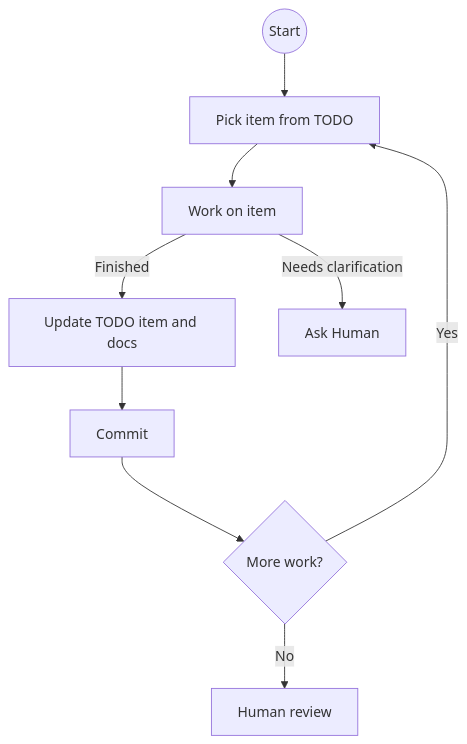
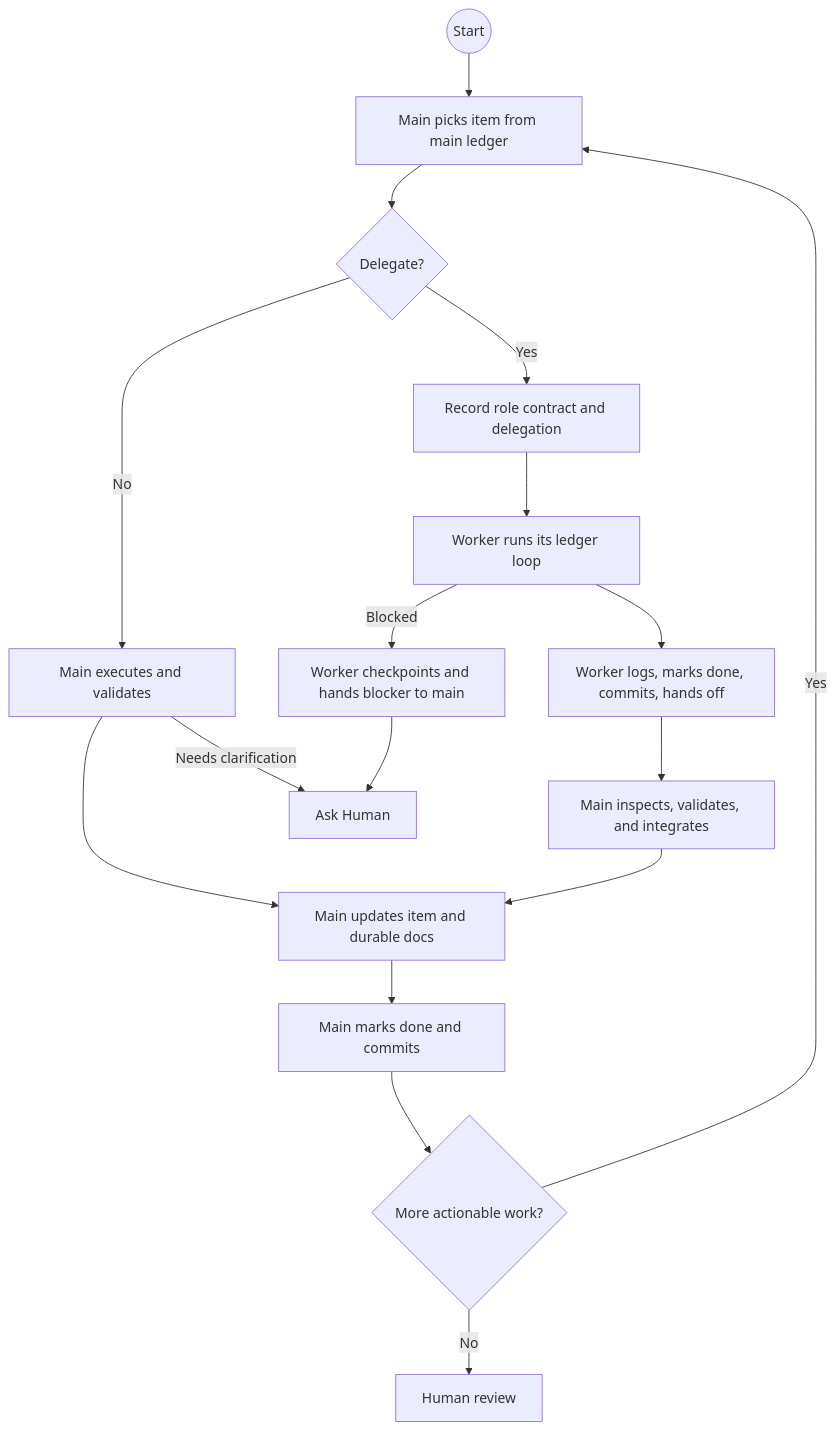
The diagram in AGENTS.md (marcingurbisz/idea-execution-framework), drawn with Mermaid before and after one commit. The commit also changed other lines of this file and 2 other files, not shown here.

Commit message:
docs: refine multi-agent IEF loop

````diff
--- a/AGENTS.md
+++ b/AGENTS.md
@@ -87,11 +97,19 @@
 ```mermaid
 flowchart TD
-    A@{ shape: circle, label: "Start" } --> B[Pick item from TODO]
-    B --> C[Work on item]
-    C -->|Finished| E[Update TODO item and docs]
-    C -->|Needs clarification| H[Ask Human]
-    E --> Z["Commit"]
-    Z --> G{More work?}
-    G -->|Yes| B
-    G -->|No| I[Human review]
+    A@{ shape: circle, label: "Start" } --> B[Main picks item from main ledger]
+    B --> C{Delegate?}
+    C -->|No| D[Main executes and validates]
+    C -->|Yes| E[Record role contract and delegation]
+    E --> F[Worker runs its ledger loop]
+    F --> G[Worker logs, marks done, commits, hands off]
+    G --> H[Main inspects, validates, and integrates]
+    D --> I[Main updates item and durable docs]
+    H --> I
+    D -->|Needs clarification| J[Ask Human]
+    F -->|Blocked| N[Worker checkpoints and hands blocker to main]
+    N --> J
+    I --> K[Main marks done and commits]
+    K --> L{More actionable work?}
+    L -->|Yes| B
+    L -->|No| M[Human review]
 ```
````
